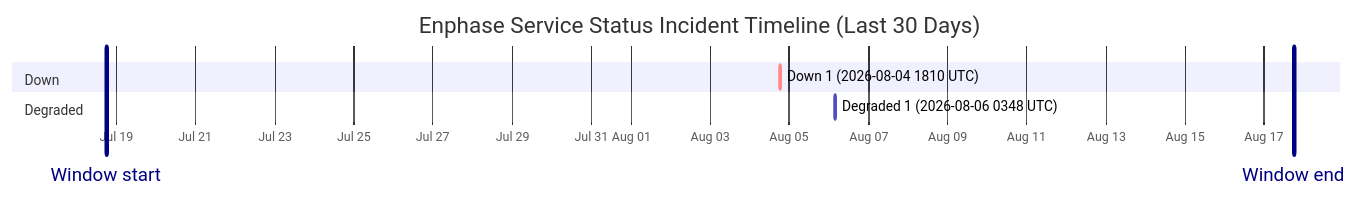
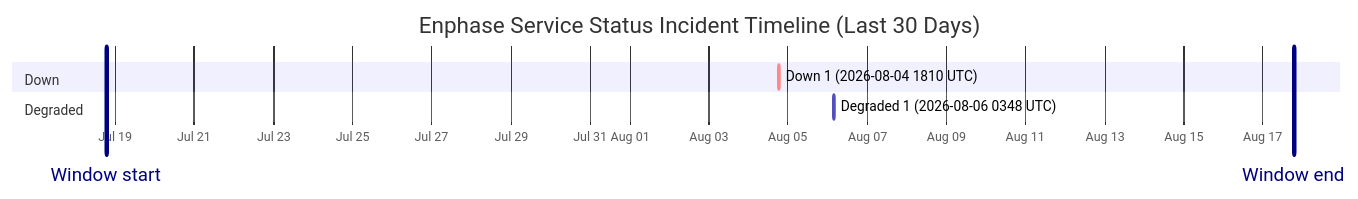
One commit to barneyonline/ha-enphase-energy changed the diagram in wiki/Service-Status-History.md. Above: the diagram before and after it, drawn with Mermaid. The commit also changed other lines of this file and 3 other files, not shown here.

````diff
--- a/wiki/Service-Status-History.md
+++ b/wiki/Service-Status-History.md
@@ -14,12 +14,12 @@
 ```mermaid
 gantt
     title Enphase Service Status Incident Timeline (Last 30 Days)
     dateFormat  YYYY-MM-DDTHH:mm:ss
     axisFormat  %b %d
-    Window start :vert, window-start, 2026-07-18T17:55:02, 0ms
-    Window end :vert, window-end, 2026-08-17T17:55:02, 0ms
+    Window start :vert, window-start, 2026-07-18T18:36:05, 0ms
+    Window end :vert, window-end, 2026-08-17T18:36:05, 0ms
     section Down
     Down 1 (2026-08-04 1810 UTC) :crit, down-1, 2026-08-04T18:10:46, 60m
     section Degraded
     Degraded 1 (2026-08-06 0348 UTC) :active, degraded-1, 2026-08-06T03:48:14, 60m
 ```
````
